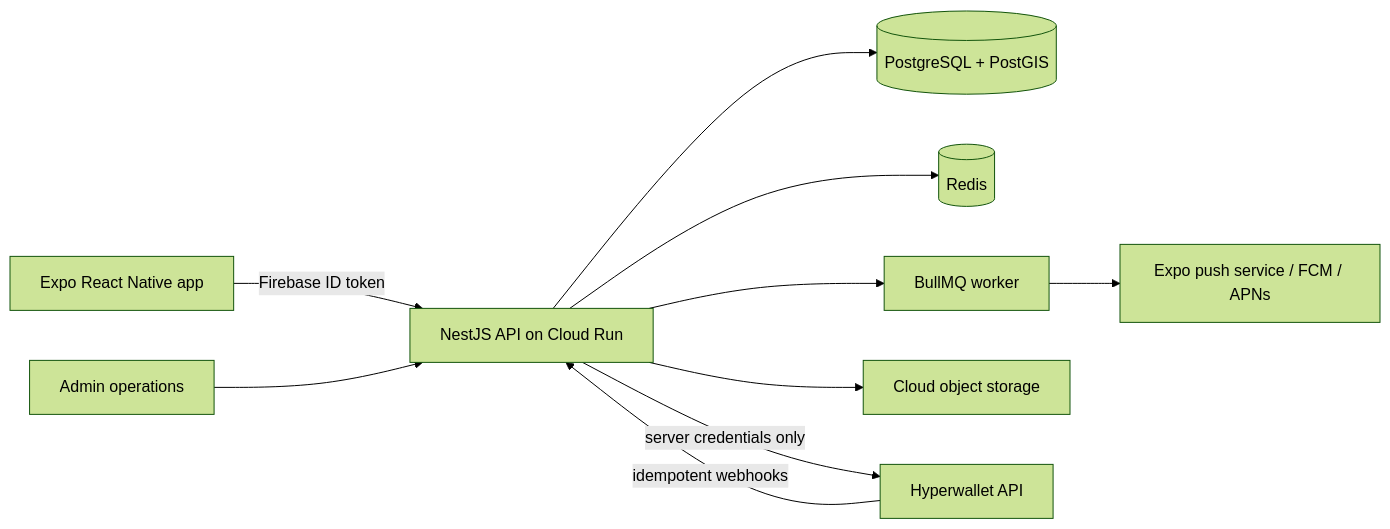
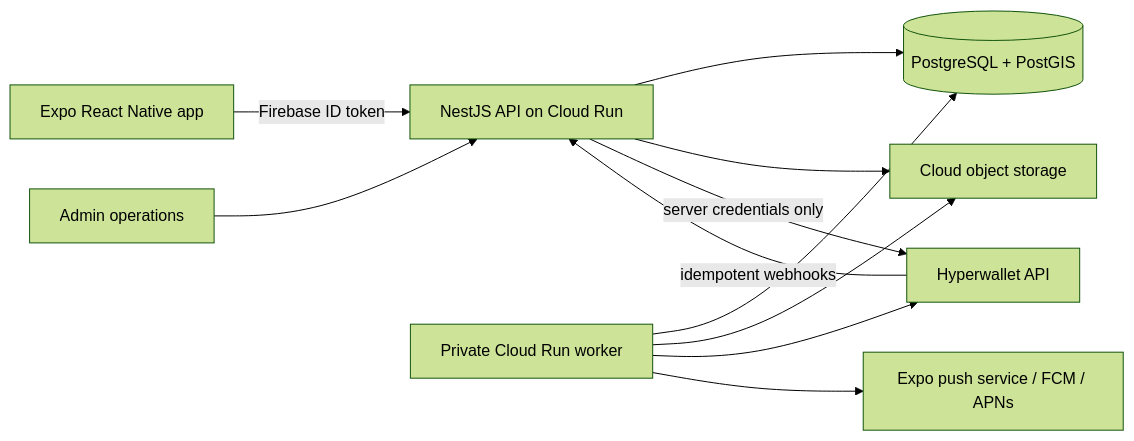
One commit to GoGymGo/Platform changed the diagram in mobile-app/docs/backend-handoff-architecture.md. Above: the diagram before and after it, drawn with Mermaid (forest theme). The commit also changed other lines of this file and 41 other files, not shown here.

````diff
--- a/mobile-app/docs/backend-handoff-architecture.md
+++ b/mobile-app/docs/backend-handoff-architecture.md
@@ -11,12 +11,13 @@
 ```mermaid
 flowchart LR
     A[Expo React Native app] -->|Firebase ID token| B[NestJS API on Cloud Run]
     B --> C[(PostgreSQL + PostGIS)]
-    B --> D[(Redis)]
-    B --> E[BullMQ worker]
     B --> F[Cloud object storage]
     B -->|server credentials only| G[Hyperwallet API]
+    E[Private Cloud Run worker] --> C
+    E --> F
+    E --> G
     G -->|idempotent webhooks| B
     E --> H[Expo push service / FCM / APNs]
     I[Admin operations] --> B
 ```
````
